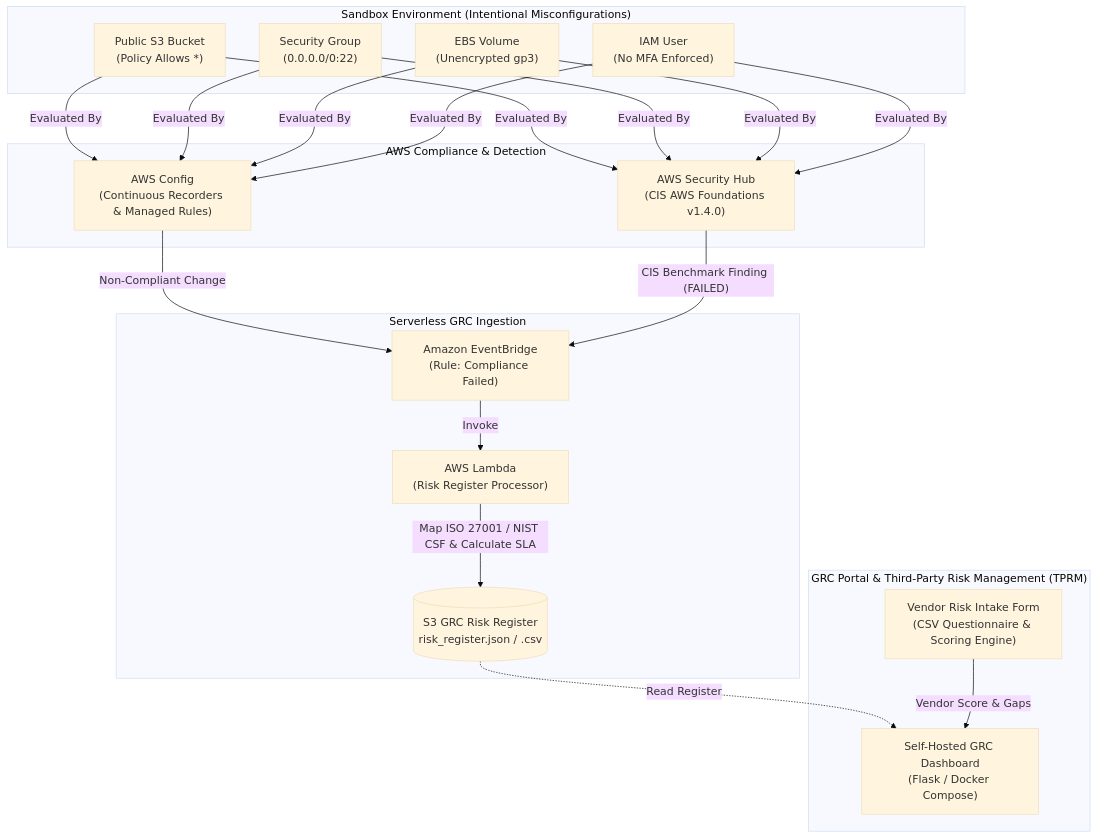
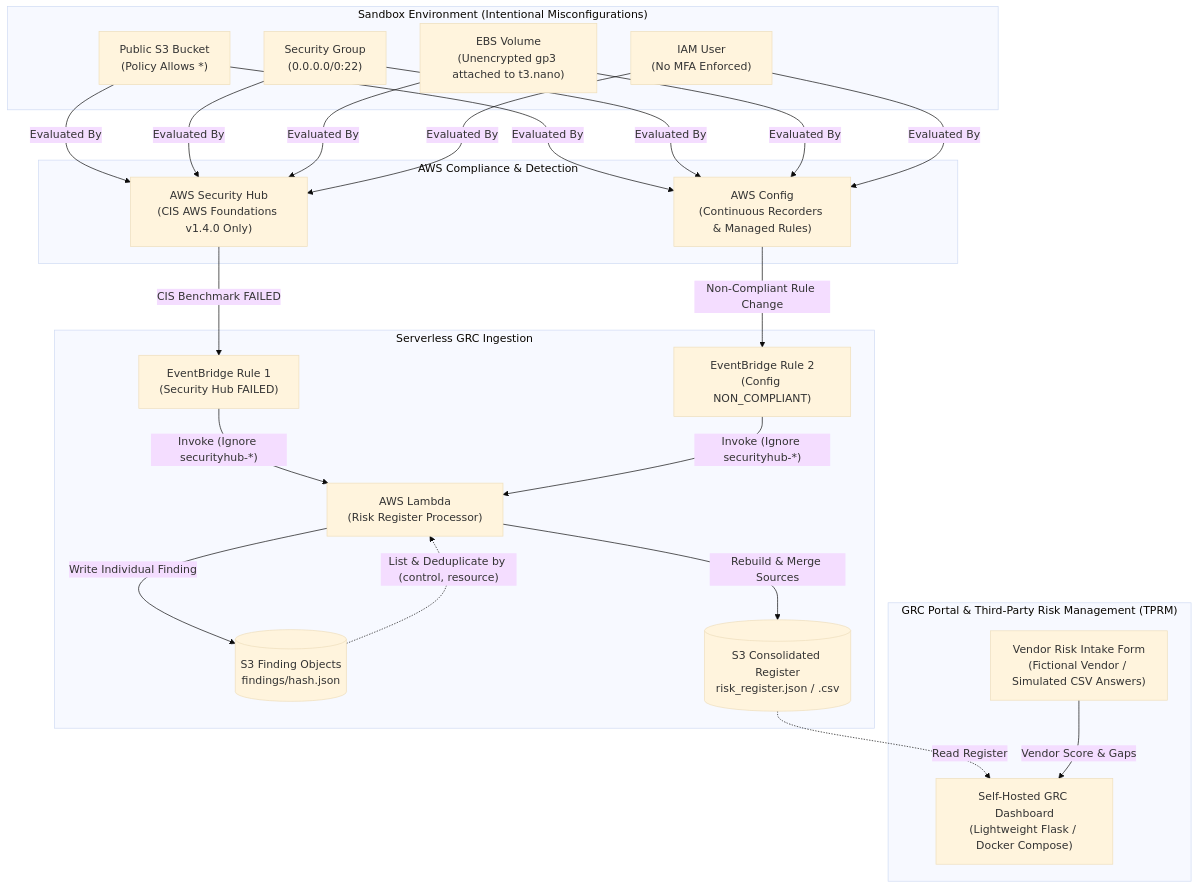
Before and after one commit to SannidhiSriram-06/cloud-compliance-vendor-risk: the diagram in README.md, drawn with Mermaid (base theme). The commit also changed other lines of this file and 9 other files, not shown here.

````diff
--- a/README.md
+++ b/README.md
@@ -20,36 +20,40 @@
 ```mermaid
 flowchart TD
     subgraph "Sandbox Environment (Intentional Misconfigurations)"
         V1["Public S3 Bucket<br/>(Policy Allows *)"]
         V2["Security Group<br/>(0.0.0.0/0:22)"]
-        V3["EBS Volume<br/>(Unencrypted gp3)"]
+        V3["EBS Volume<br/>(Unencrypted gp3 attached to t3.nano)"]
         V4["IAM User<br/>(No MFA Enforced)"]
     end
 
     subgraph "AWS Compliance & Detection"
         CFG["AWS Config<br/>(Continuous Recorders & Managed Rules)"]
-        SH["AWS Security Hub<br/>(CIS AWS Foundations v1.4.0)"]
+        SH["AWS Security Hub<br/>(CIS AWS Foundations v1.4.0 Only)"]
     end
 
     V1 & V2 & V3 & V4 -->|"Evaluated By"| CFG
     V1 & V2 & V3 & V4 -->|"Evaluated By"| SH
 
     subgraph "Serverless GRC Ingestion"
-        EB["Amazon EventBridge<br/>(Rule: Compliance Failed)"]
+        EB1["EventBridge Rule 1<br/>(Security Hub FAILED)"]
+        EB2["EventBridge Rule 2<br/>(Config NON_COMPLIANT)"]
         LMB["AWS Lambda<br/>(Risk Register Processor)"]
-        S3REG[("S3 GRC Risk Register<br/>risk_register.json / .csv")]
+        S3OBJ[("S3 Finding Objects<br/>findings/hash.json")]
+        S3REG[("S3 Consolidated Register<br/>risk_register.json / .csv")]
     end
 
-    CFG -->|"Non-Compliant Change"| EB
-    SH -->|"CIS Benchmark Finding (FAILED)"| EB
-    EB -->|"Invoke"| LMB
-    LMB -->|"Map ISO 27001 / NIST CSF & Calculate SLA"| S3REG
+    SH -->|"CIS Benchmark FAILED"| EB1
+    CFG -->|"Non-Compliant Rule Change"| EB2
+    EB1 & EB2 -->|"Invoke (Ignore securityhub-*)"| LMB
+    LMB -->|"Write Individual Finding"| S3OBJ
+    S3OBJ -.->|"List & Deduplicate by (control, resource)"| LMB
+    LMB -->|"Rebuild & Merge Sources"| S3REG
 
     subgraph "GRC Portal & Third-Party Risk Management (TPRM)"
-        TPRM["Vendor Risk Intake Form<br/>(CSV Questionnaire & Scoring Engine)"]
-        DASH["Self-Hosted GRC Dashboard<br/>(Flask / Docker Compose)"]
+        TPRM["Vendor Risk Intake Form<br/>(Fictional Vendor / Simulated CSV Answers)"]
+        DASH["Self-Hosted GRC Dashboard<br/>(Lightweight Flask / Docker Compose)"]
     end
 
     S3REG -.->|"Read Register"| DASH
     TPRM -->|"Vendor Score & Gaps"| DASH
 ```
````
